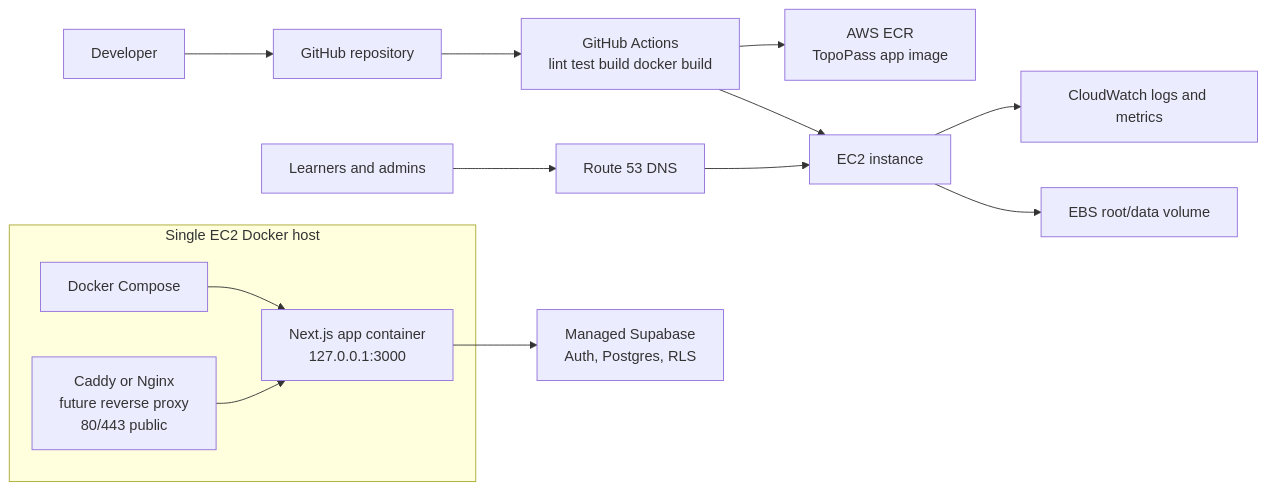
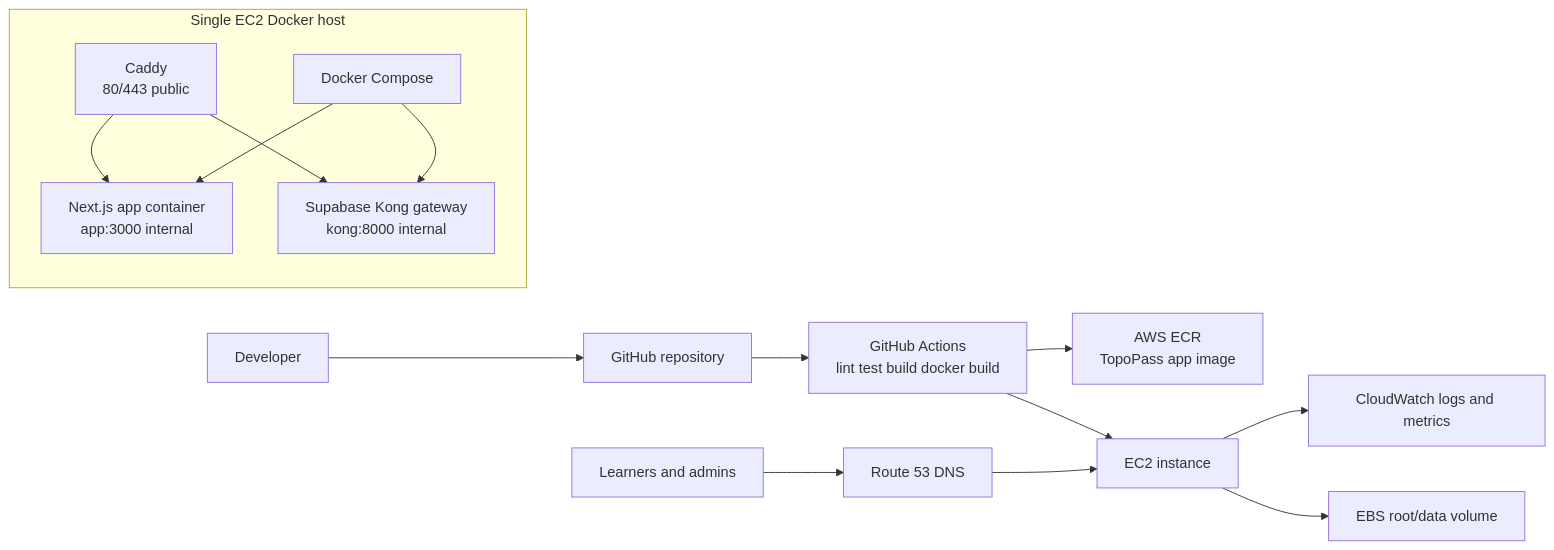
Before and after one commit to mapperguy2013/topopass: the diagram in docs/aws-ec2-devops-deployment.md, drawn with Mermaid. The commit also changed other lines of this file and 11 other files, not shown here.

Commit message:
Complete Step 44 domain HTTPS reverse proxy

````diff
--- a/docs/aws-ec2-devops-deployment.md
+++ b/docs/aws-ec2-devops-deployment.md
@@ -23,22 +24,24 @@
 ```mermaid
 flowchart LR
   dev[Developer] --> github[GitHub repository]
   github --> actions[GitHub Actions<br/>lint test build docker build]
   actions --> ecr[AWS ECR<br/>TopoPass app image]
 
   users[Learners and admins] --> route53[Route 53 DNS]
   route53 --> ec2[EC2 instance]
 
   subgraph host[Single EC2 Docker host]
-    proxy[Caddy or Nginx<br/>future reverse proxy<br/>80/443 public]
+    proxy[Caddy<br/>80/443 public]
     compose[Docker Compose]
-    app[Next.js app container<br/>127.0.0.1:3000]
+    app[Next.js app container<br/>app:3000 internal]
+    kong[Supabase Kong gateway<br/>kong:8000 internal]
     proxy --> app
+    proxy --> kong
     compose --> app
+    compose --> kong
   end
 
-  app --> supabase[Managed Supabase<br/>Auth, Postgres, RLS]
   ec2 --> cloudwatch[CloudWatch logs and metrics]
   ec2 --> ebs[EBS root/data volume]
   actions --> ec2
 ```
````
